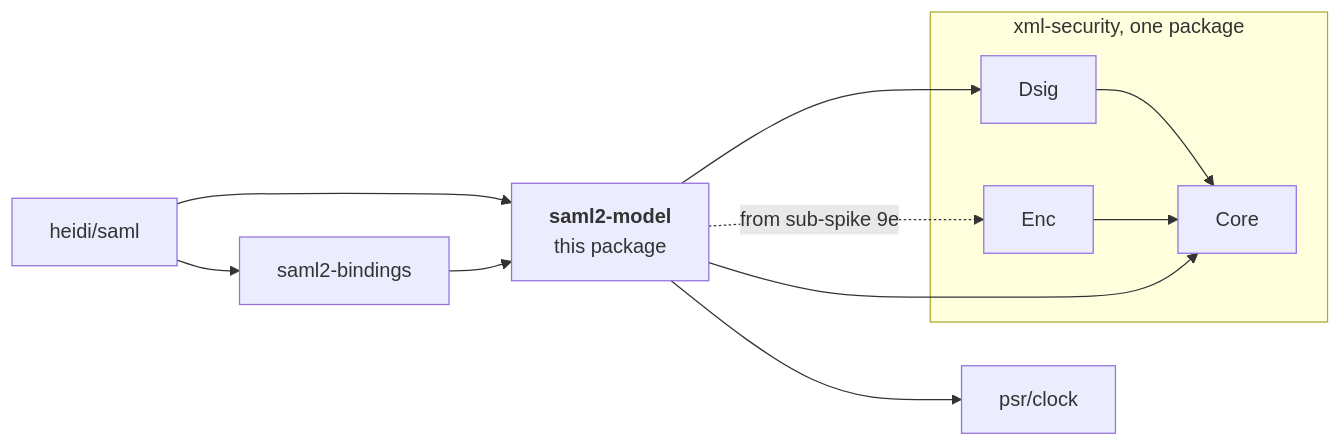
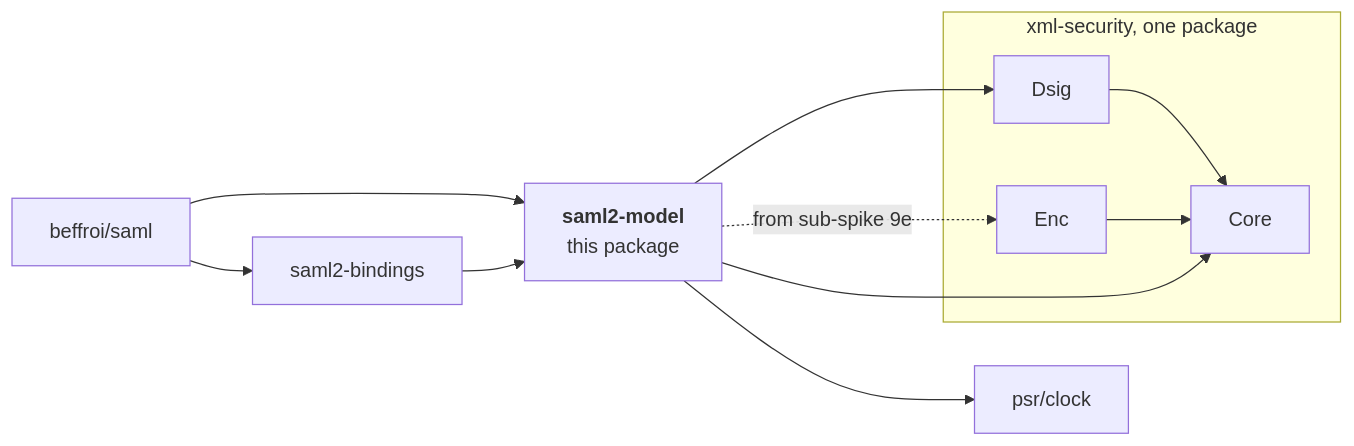
One commit to Jean-Beru/beffroi changed the diagram in src/saml2-model/spec/model.md. Above: the diagram before and after it, drawn with Mermaid. The commit also changed other lines of this file and 5 other files, not shown here.

````diff
--- a/src/saml2-model/spec/model.md
+++ b/src/saml2-model/spec/model.md
@@ -30,14 +30,14 @@
 ```mermaid
 graph LR
-    saml["heidi/saml"] --> bindings["saml2-bindings"]
+    saml["beffroi/saml"] --> bindings["saml2-bindings"]
     saml --> model
     bindings --> model["<b>saml2-model</b><br/>this package"]
     subgraph xmlsec["xml-security, one package"]
         dsig["Dsig"] --> core["Core"]
         enc["Enc"] --> core
     end
     model --> core
     model --> dsig
     model -.->|"from sub-spike 9e"| enc
     model --> clock["psr/clock"]
 ```
````
